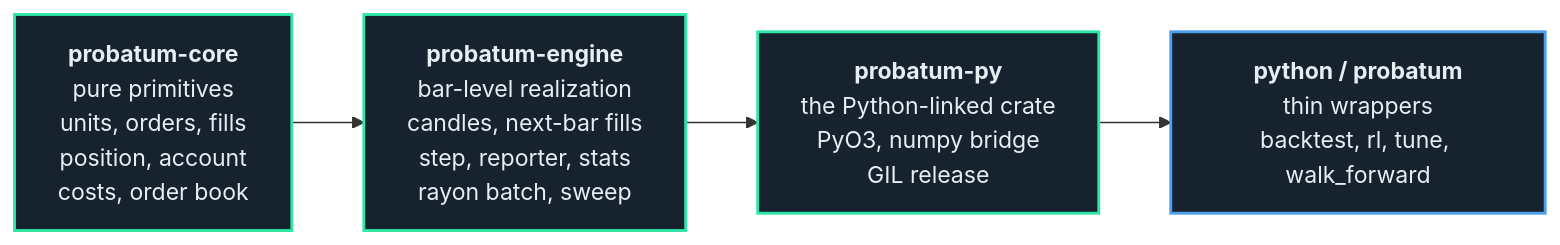
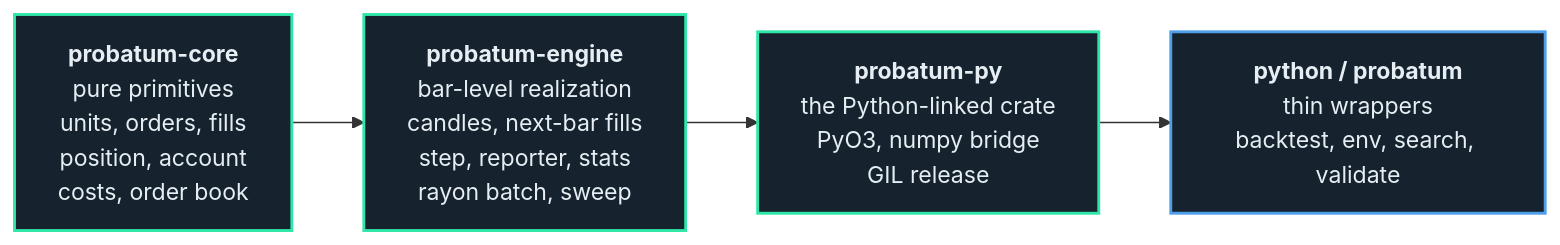
One commit to atOCEANO/probatum changed the diagram in dev/diagrams/205312.mmd. Above: the diagram before and after it, drawn with Mermaid. The commit also changed 26 other files, not shown here.

```diff
--- a/dev/diagrams/205312.mmd
+++ b/dev/diagrams/205312.mmd
@@ -1,14 +1,14 @@
 flowchart LR
     C["<b>probatum-core</b><br/>pure primitives<br/>units, orders, fills<br/>position, account<br/>costs, order book"]
     B["<b>probatum-engine</b><br/>bar-level realization<br/>candles, next-bar fills<br/>step, reporter, stats<br/>rayon batch, sweep"]
     P["<b>probatum-py</b><br/>the Python-linked crate<br/>PyO3, numpy bridge<br/>GIL release"]
-    W["<b>python / probatum</b><br/>thin wrappers<br/>backtest, rl, tune, walk_forward"]
+    W["<b>python / probatum</b><br/>thin wrappers<br/>backtest, env, search, validate"]
 
     C --> B
     B --> P
     P --> W
 
     classDef entry fill:#16232e,stroke:#4d9feb,stroke-width:2px,color:#e6edf3
     classDef stage fill:#16232e,stroke:#2ee6a6,stroke-width:2px,color:#e6edf3
     class W entry
     class C,B,P stage
```
